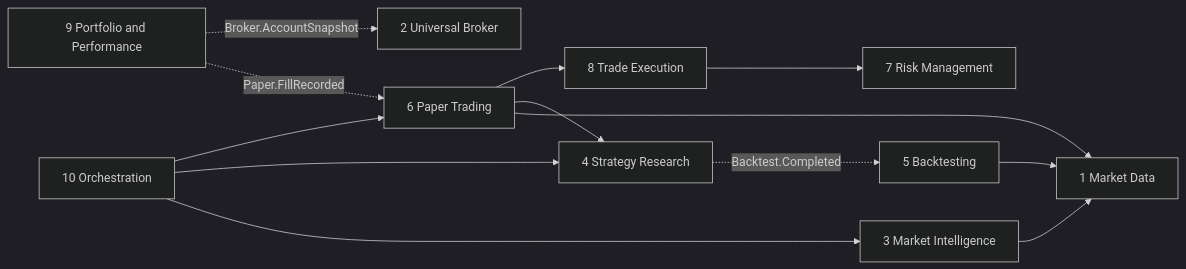
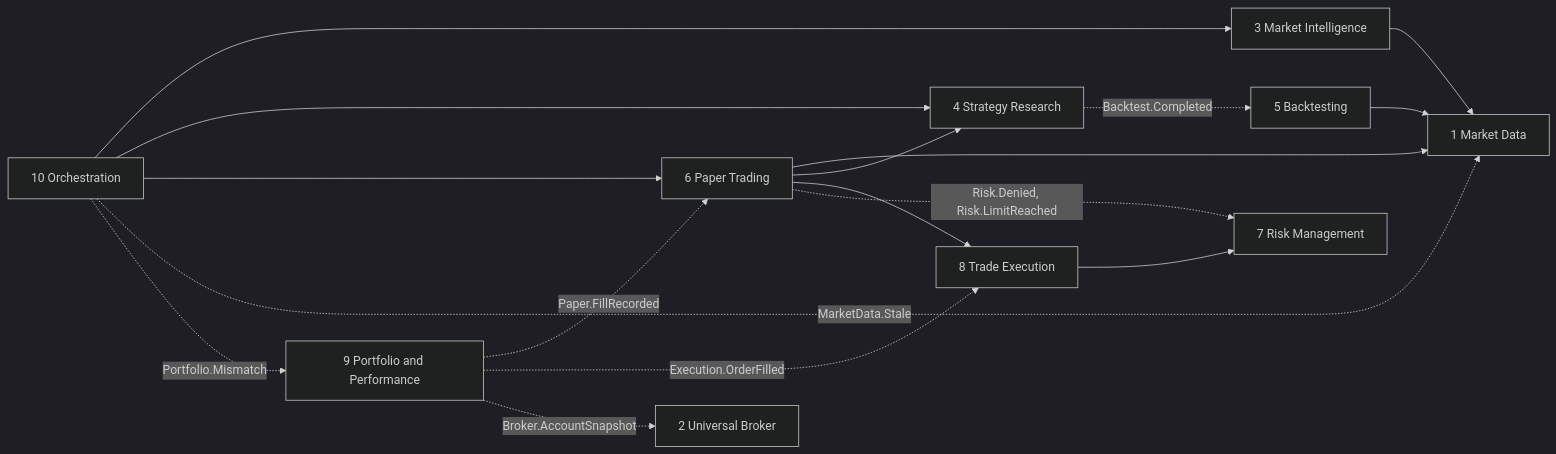
The diagram in backend/docs/ENGINES.md (akaAvinash/finshot), drawn with Mermaid (dark theme) before and after one commit. The commit also changed other lines of this file, not shown here.

````diff
--- a/backend/docs/ENGINES.md
+++ b/backend/docs/ENGINES.md
@@ -58,26 +58,30 @@
 ```mermaid
 flowchart LR
   MD[1 Market Data]
   UB[2 Universal Broker]
   MI[3 Market Intelligence]
   SR[4 Strategy Research]
   BT[5 Backtesting]
   PT[6 Paper Trading]
   RM[7 Risk Management]
   TE[8 Trade Execution]
   PP[9 Portfolio and Performance]
   OR[10 Orchestration]
 
   MI --> MD
   BT --> MD
   SR -.->|Backtest.Completed| BT
   PT --> MD
   PT --> SR
   PT --> TE
   TE --> RM
+  PT -.->|Risk.Denied, Risk.LimitReached| RM
   PP -.->|Paper.FillRecorded| PT
+  PP -.->|Execution.OrderFilled| TE
   PP -.->|Broker.AccountSnapshot| UB
   OR --> MI
   OR --> SR
   OR --> PT
+  OR -.->|MarketData.Stale| MD
+  OR -.->|Portfolio.Mismatch| PP
 ```
````
